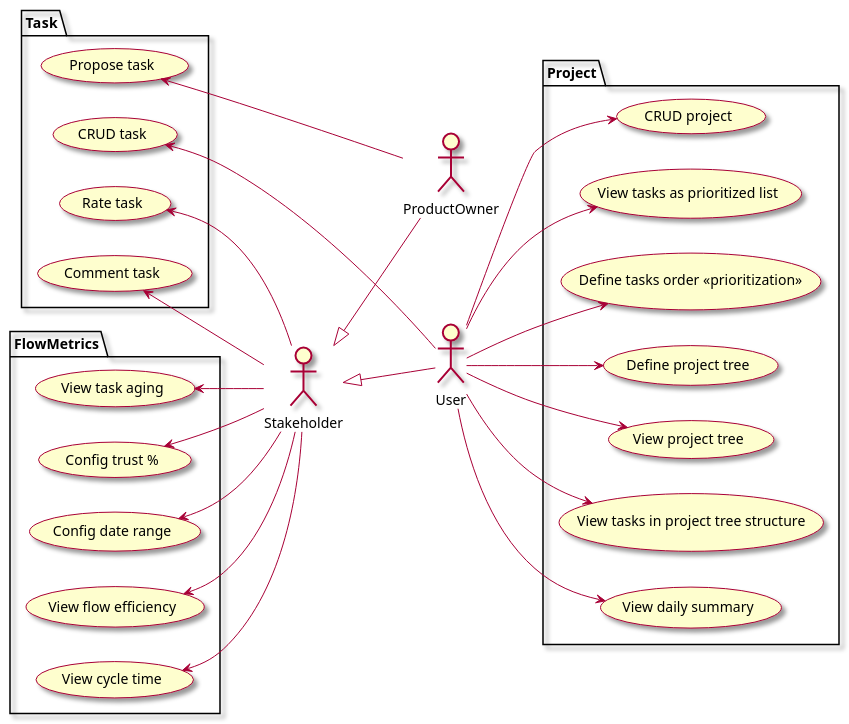
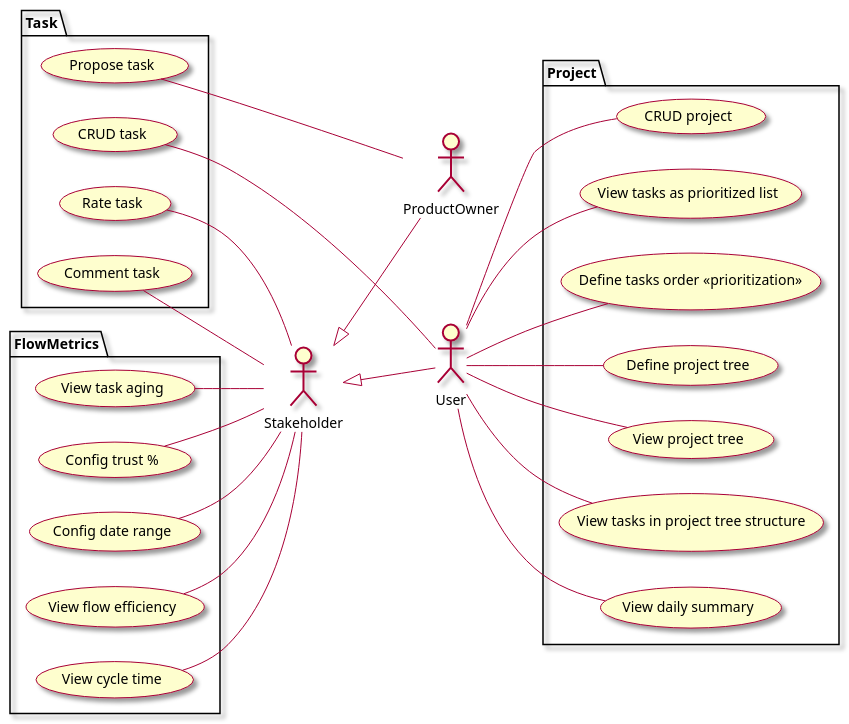
One commit to Xiphereal/FlowTaskManagement changed the diagram in Docs/UseCases.puml. Above: the diagram before and after it, drawn with PlantUML.

Commit message:
docs: remove arrows on use cases diagram to better adhere to UML

```diff
--- a/Docs/UseCases.puml
+++ b/Docs/UseCases.puml
@@ -1,43 +1,43 @@
 @startuml
 skin rose
 
 'https://plantuml.com/use-case-diagram
 
 left to right direction
 
 actor Stakeholder
 actor User
 actor ProductOwner
 
 Stakeholder <|-- User
 Stakeholder <|-- ProductOwner
 
 package Task {
-    User --> (CRUD task)
-    (Propose task) <-- ProductOwner
-    (Rate task) <-- Stakeholder
-    (Comment task) <-- Stakeholder
+    User -- (CRUD task)
+    (Propose task) -- ProductOwner
+    (Rate task) -- Stakeholder
+    (Comment task) -- Stakeholder
 }
 
 package Project {
-    User --> (CRUD project)
-    User --> (View tasks as prioritized list)
+    User -- (CRUD project)
+    User -- (View tasks as prioritized list)
 
-    User --> (Define tasks order <<prioritization>>)
+    User -- (Define tasks order <<prioritization>>)
 
-    User --> (Define project tree)
-    User --> (View project tree)
-    User --> (View tasks in project tree structure)
+    User -- (Define project tree)
+    User -- (View project tree)
+    User -- (View tasks in project tree structure)
     
-    User --> (View daily summary)
+    User -- (View daily summary)
 }
 
 package FlowMetrics {
-     (View flow efficiency) <-- Stakeholder
-     (View cycle time) <-- Stakeholder
-     (View task aging) <-- Stakeholder
-     (Config trust %) <-- Stakeholder
-     (Config date range) <-- Stakeholder
+     (View flow efficiency) -- Stakeholder
+     (View cycle time) -- Stakeholder
+     (View task aging) -- Stakeholder
+     (Config trust %) -- Stakeholder
+     (Config date range) -- Stakeholder
 }
 
 @enduml
```
